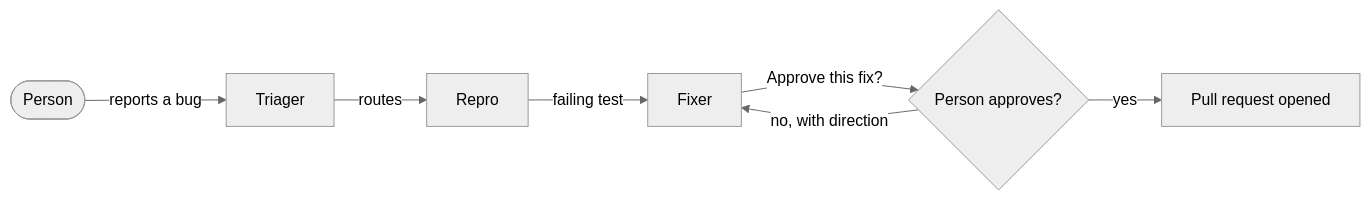
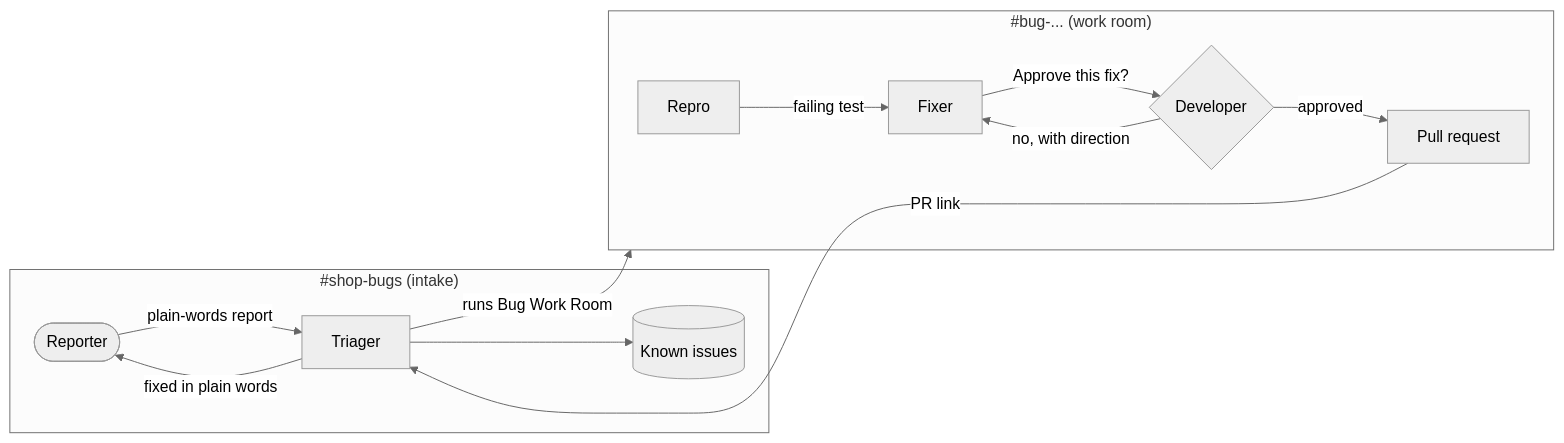
The diagram in README.md (evginayd/bug-to-pr-room), drawn with Mermaid (neutral theme) before and after one commit. The commit also changed other lines of this file and 5 other files, not shown here.

First line of the commit message:
Open a work room per bug and report back to the reporter

````diff
--- a/README.md
+++ b/README.md
@@ -23,9 +24,19 @@
 ```mermaid
 flowchart LR
-    P([Person]) -->|reports a bug| T[Triager]
-    T -->|routes| R[Repro]
-    R -->|failing test| F[Fixer]
-    F -->|"Approve this fix?"| D{Person approves?}
-    D -->|yes| PR[Pull request opened]
-    D -->|no, with direction| F
+    P([Reporter]) -->|plain-words report| T[Triager]
+    subgraph intake["#shop-bugs (intake)"]
+      P
+      T
+      K[(Known issues)]
+    end
+    T -->|runs Bug Work Room| W
+    subgraph W["#bug-... (work room)"]
+      R[Repro] -->|failing test| F[Fixer]
+      F -->|"Approve this fix?"| D{Developer}
+      D -->|no, with direction| F
+      D -->|approved| PR[Pull request]
+    end
+    PR -->|PR link| T
+    T -->|"fixed" in plain words| P
+    T --> K
 ```
````
